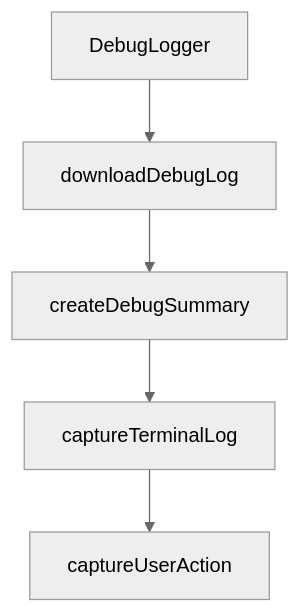
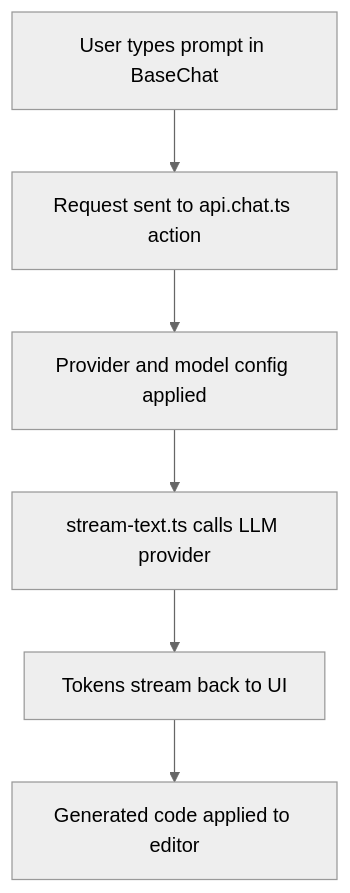
Before and after one commit to johnxie/awesome-code-docs: the second of 2 diagrams in tutorials/bolt-diy-tutorial/04-prompt-to-app-workflow.md, drawn with Mermaid (neutral theme). The commit also changed other lines of this file and 1232 other files, not shown here.

````diff
--- a/tutorials/bolt-diy-tutorial/04-prompt-to-app-workflow.md
+++ b/tutorials/bolt-diy-tutorial/04-prompt-to-app-workflow.md
@@ -333,12 +184,14 @@
 ```mermaid
 flowchart TD
-    A[DebugLogger]
-    B[downloadDebugLog]
-    C[createDebugSummary]
-    D[captureTerminalLog]
-    E[captureUserAction]
+    A[User types prompt in BaseChat]
+    B[Request sent to api.chat.ts action]
+    C[Provider and model config applied]
+    D[stream-text.ts calls LLM provider]
+    E[Tokens stream back to UI]
+    F[Generated code applied to editor]
     A --> B
     B --> C
     C --> D
     D --> E
+    E --> F
 ```
````
